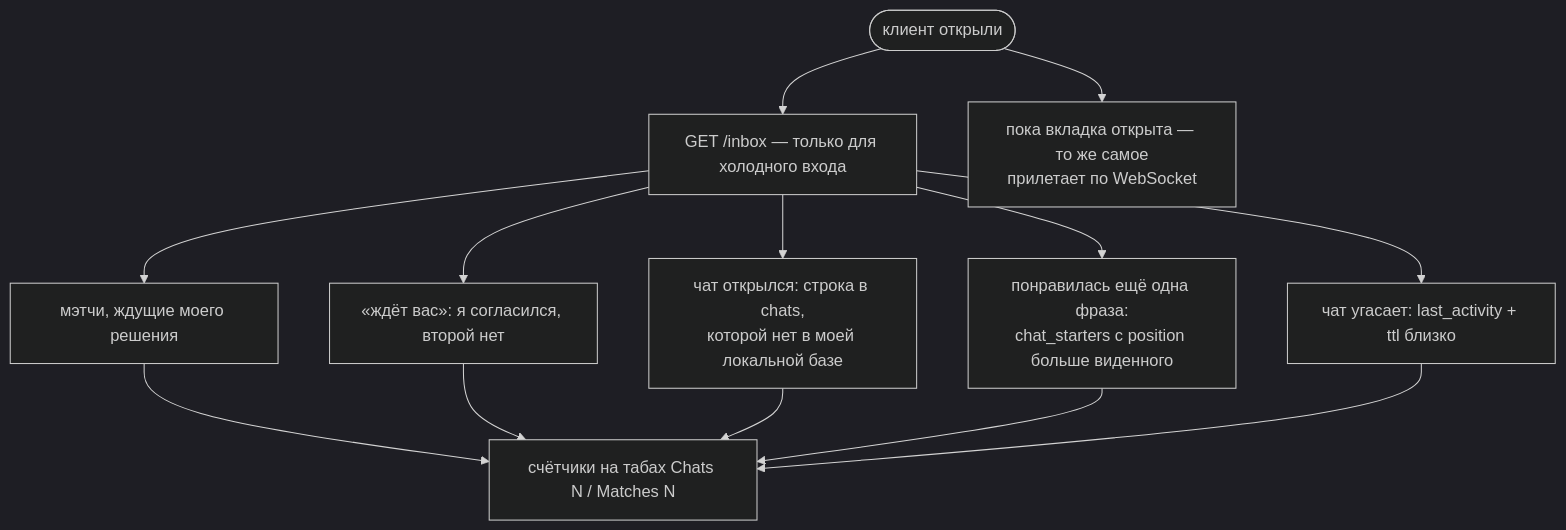
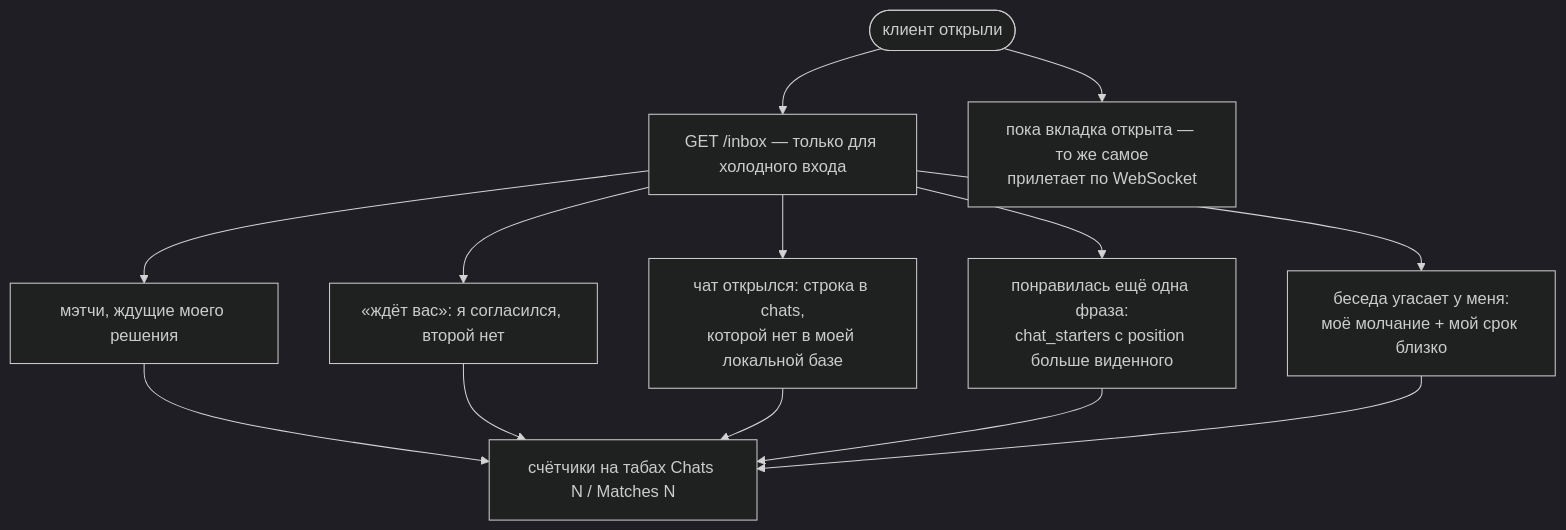
Before and after one commit to panov-id/xor.ad: diagram 25 of 30 in docs/chat-flows_RU.md, drawn with Mermaid (dark theme). The commit also changed 7 other files, not shown here.

````diff
--- a/docs/chat-flows_RU.md
+++ b/docs/chat-flows_RU.md
@@ -823,15 +823,15 @@
 ```mermaid
 flowchart TD
   open(["клиент открыли"]) --> cold["GET /inbox — только для холодного входа"]
   cold --> q1["мэтчи, ждущие моего решения"]
   cold --> q2["«ждёт вас»: я согласился, второй нет"]
   cold --> q3["чат открылся: строка в chats,<br/>которой нет в моей локальной базе"]
   cold --> q4["понравилась ещё одна фраза:<br/>chat_starters с position больше виденного"]
-  cold --> q5["чат угасает: last_activity + ttl близко"]
+  cold --> q5["беседа угасает у меня:<br/>моё молчание + мой срок близко"]
   q1 --> tabs["счётчики на табах Chats N / Matches N"]
   q2 --> tabs
   q3 --> tabs
   q4 --> tabs
   q5 --> tabs
   open --> ws["пока вкладка открыта — то же самое<br/>прилетает по WebSocket"]
 ```
````
